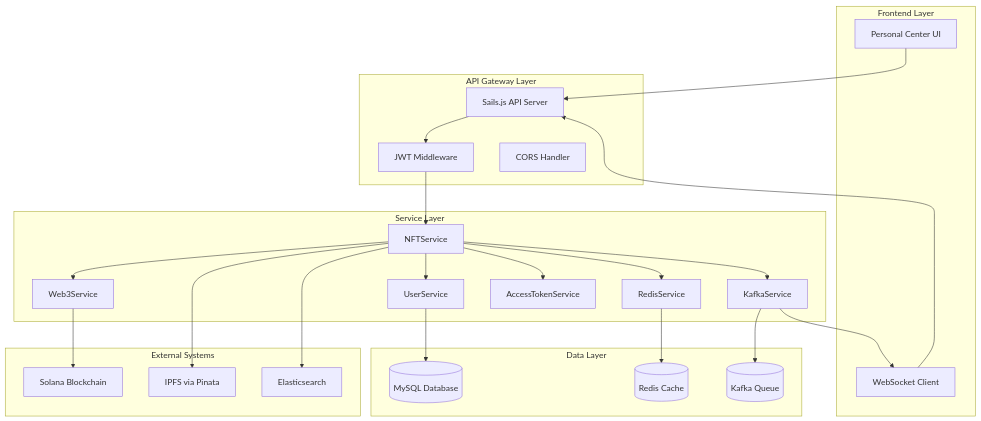
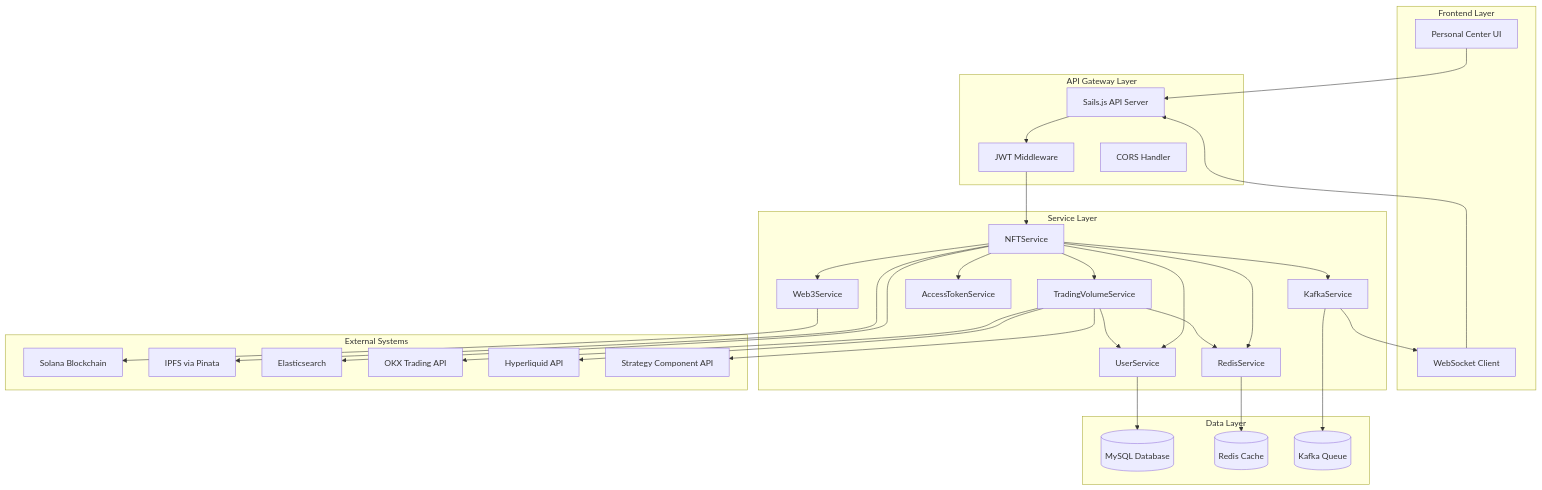
One commit to ljg-cqu/aiw3-nft-solana changed the first of 7 diagrams in docs/technical/architecture/AIW3-NFT-System-Design.md. Above: the diagram before and after it, drawn with Mermaid. The commit also changed other lines of this file and 1 other file, not shown here.

Commit message:
docs: add trading volume service and external API integrations to system design

````diff
--- a/docs/technical/architecture/AIW3-NFT-System-Design.md
+++ b/docs/technical/architecture/AIW3-NFT-System-Design.md
@@ -126,62 +126,72 @@
 ```mermaid
 graph TB
     subgraph "Frontend Layer"
         UI["Personal Center UI"]
         WS["WebSocket Client"]
     end
     
     subgraph "API Gateway Layer"
         API["Sails.js API Server"]
         AUTH["JWT Middleware"]
         CORS["CORS Handler"]
     end
     
     subgraph "Service Layer"
         NFT["NFTService"]
+        TRADING["TradingVolumeService"]
         WEB3["Web3Service"]
         USER["UserService"]
         REDIS["RedisService"]
         KAFKA["KafkaService"]
         ACCESS["AccessTokenService"]
     end
     
     subgraph "Data Layer"
         MYSQL[("MySQL Database")]
         REDIS_DB[("Redis Cache")]
         KAFKA_Q[("Kafka Queue")]
     end
     
     subgraph "External Systems"
         SOLANA["Solana Blockchain"]
         IPFS["IPFS via Pinata"]
         ELASTIC["Elasticsearch"]
+        OKX["OKX Trading API"]
+        HYPERLIQUID["Hyperliquid API"]
+        STRATEGY["Strategy Component API"]
     end
     
     %% Frontend to API
     UI --> API
     WS --> API
     
     %% API Layer Flow
     API --> AUTH
     AUTH --> NFT
     
     %% Service Interactions
+    NFT --> TRADING
     NFT --> WEB3
     NFT --> USER
     NFT --> REDIS
     NFT --> KAFKA
     NFT --> ACCESS
+    TRADING --> USER
+    TRADING --> REDIS
     
     %% Data Layer Connections
     USER --> MYSQL
     REDIS --> REDIS_DB
     KAFKA --> KAFKA_Q
     
     %% External System Connections
     WEB3 --> SOLANA
     NFT --> IPFS
     NFT --> ELASTIC
+    TRADING --> OKX
+    TRADING --> HYPERLIQUID
+    TRADING --> STRATEGY
     
     %% WebSocket Events
     KAFKA --> WS
 ```
````
